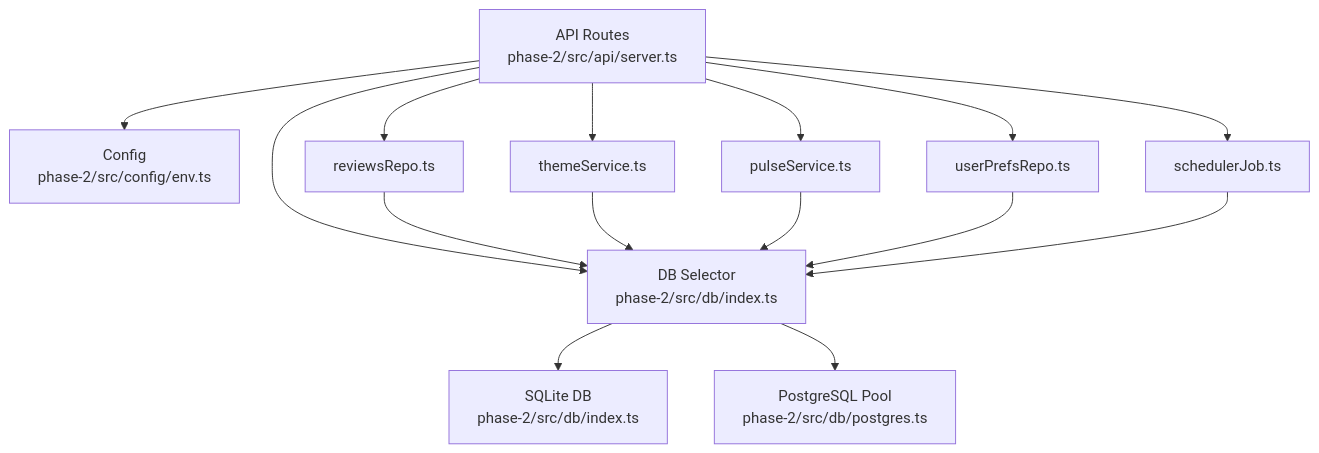
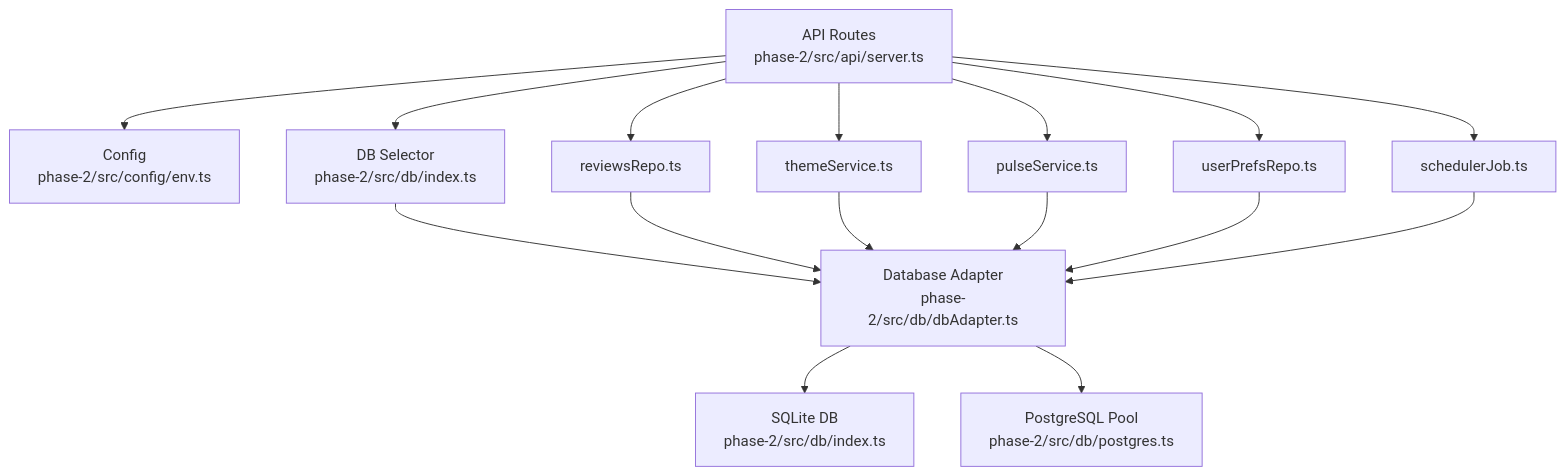
The second of 9 diagrams in .qoder/repowiki/en/content/Phase 1_ Review Scraper/Database Layer.md (aravinthraj-ramalingam/Groww-App-Review-Insights-Analyzer-), drawn with Mermaid before and after one commit. The commit also changed other lines of this file and 10 other files, not shown here.

Commit message:
Fix pulse duplicate key error, theme deduplication, and button alignment

````diff
--- a/.qoder/repowiki/en/content/Phase 1_ Review Scraper/Database Layer.md
+++ b/.qoder/repowiki/en/content/Phase 1_ Review Scraper/Database Layer.md
@@ -151,27 +164,29 @@
 ```mermaid
 graph TB
 API["API Routes<br/>phase-2/src/api/server.ts"]
 CFG["Config<br/>phase-2/src/config/env.ts"]
 DB_INDEX["DB Selector<br/>phase-2/src/db/index.ts"]
+DB_ADAPTER["Database Adapter<br/>phase-2/src/db/dbAdapter.ts"]
 DB_SQLITE["SQLite DB<br/>phase-2/src/db/index.ts"]
 DB_PG["PostgreSQL Pool<br/>phase-2/src/db/postgres.ts"]
 REV_REPO["reviewsRepo.ts"]
 THEME_SVC["themeService.ts"]
 PULSE_SVC["pulseService.ts"]
 PREF_SVC["userPrefsRepo.ts"]
 SCHED_JOB["schedulerJob.ts"]
 API --> CFG
 API --> DB_INDEX
-DB_INDEX --> DB_SQLITE
-DB_INDEX --> DB_PG
+DB_INDEX --> DB_ADAPTER
+DB_ADAPTER --> DB_SQLITE
+DB_ADAPTER --> DB_PG
 API --> REV_REPO
 API --> THEME_SVC
 API --> PULSE_SVC
 API --> PREF_SVC
 API --> SCHED_JOB
-REV_REPO --> DB_INDEX
-THEME_SVC --> DB_INDEX
-PULSE_SVC --> DB_INDEX
-PREF_SVC --> DB_INDEX
-SCHED_JOB --> DB_INDEX
+REV_REPO --> DB_ADAPTER
+THEME_SVC --> DB_ADAPTER
+PULSE_SVC --> DB_ADAPTER
+PREF_SVC --> DB_ADAPTER
+SCHED_JOB --> DB_ADAPTER
 ```
````
